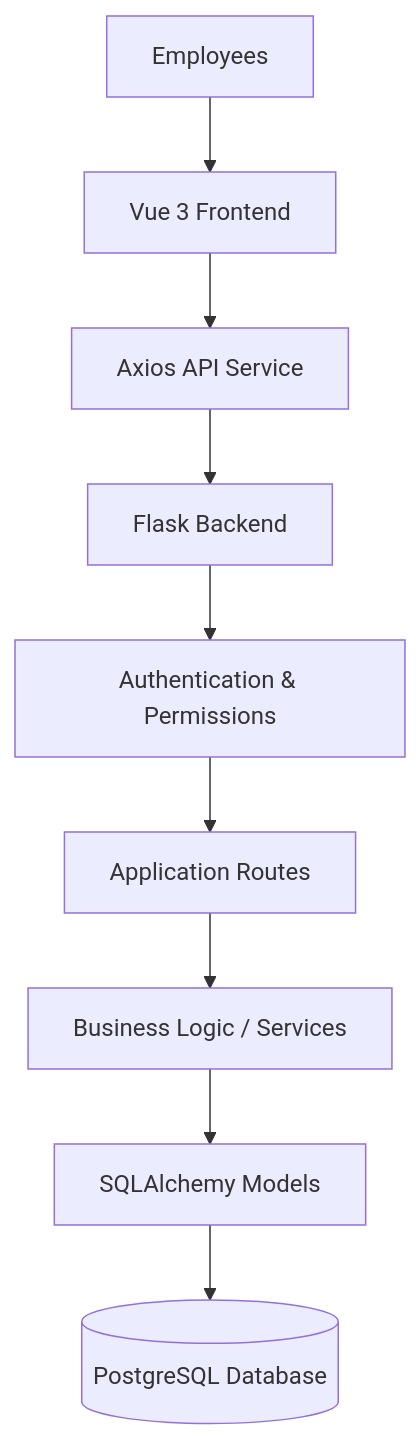
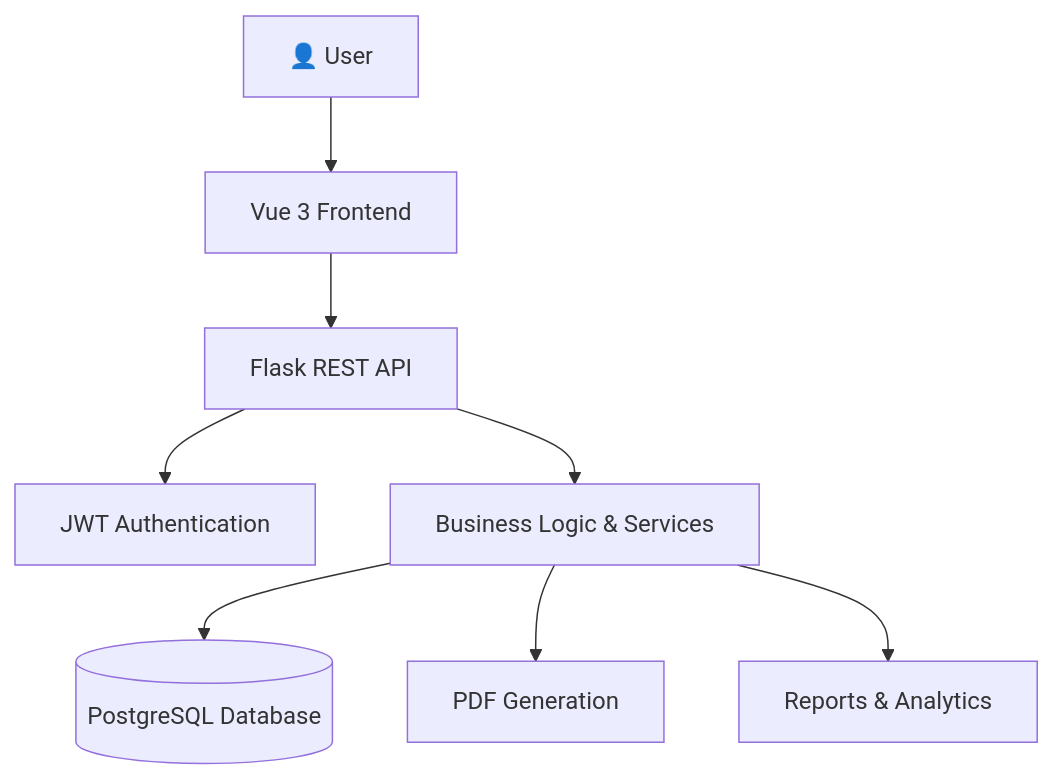
Before and after one commit to adithya782/SnackFlow-ERP: the first of 3 diagrams in README.md, drawn with Mermaid. The commit also changed other lines of this file, not shown here.

Commit message:
Improve README with architecture and deployment documentation

````diff
--- a/README.md
+++ b/README.md
@@ -64,11 +101,10 @@
 ```mermaid
 flowchart TD
-    U[Employees] --> F[Vue 3 Frontend]
-    F --> A[Axios API Service]
-    A --> B[Flask Backend]
-    B --> AUTH[Authentication & Permissions]
-    AUTH --> R[Application Routes]
-    R --> S[Business Logic / Services]
-    S --> M[SQLAlchemy Models]
-    M --> DB[(PostgreSQL Database)]
+    A["👤 User"] --> B["Vue 3 Frontend"]
+    B --> C["Flask REST API"]
+    C --> D["JWT Authentication"]
+    C --> E["Business Logic & Services"]
+    E --> F[("PostgreSQL Database")]
+    E --> G["PDF Generation"]
+    E --> H["Reports & Analytics"]
 ```
````
